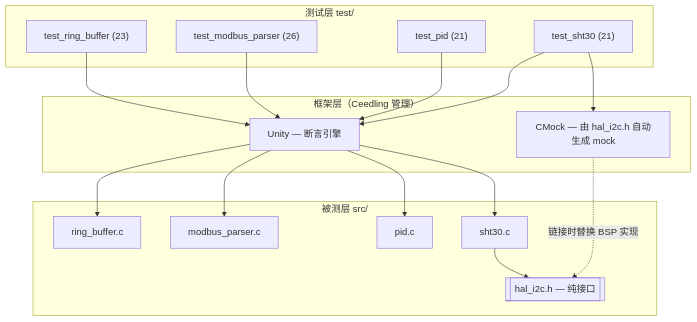
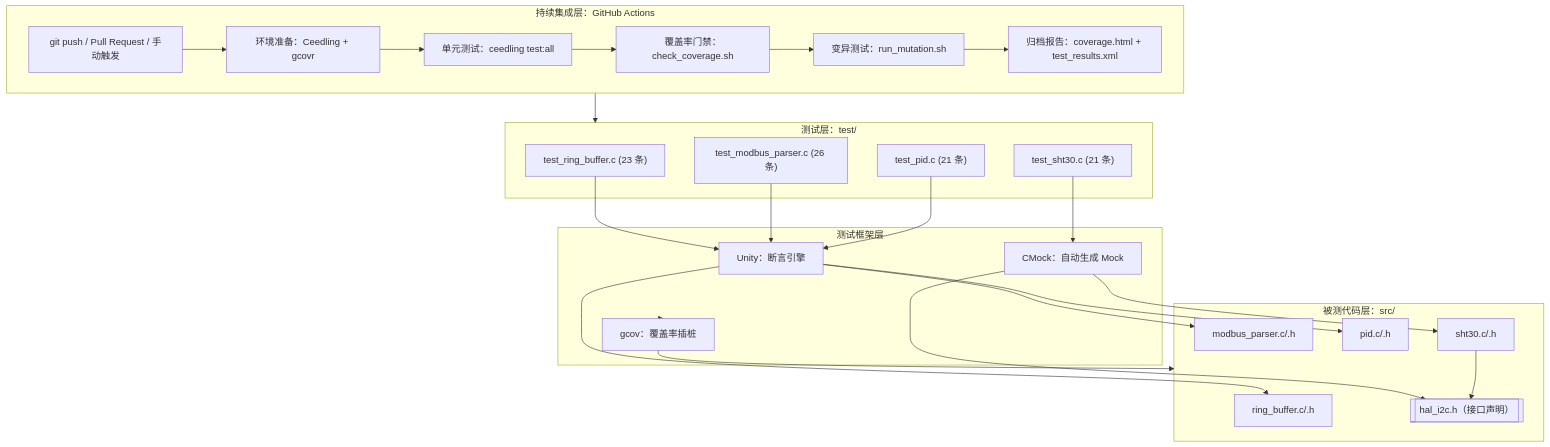
One commit to orange0731/embedded-c-test changed the diagram in README.md. Above: the diagram before and after it, drawn with Mermaid. The commit also changed other lines of this file, not shown here.

````diff
--- a/README.md
+++ b/README.md
@@ -34,27 +109,45 @@
 ```mermaid
 flowchart TB
-    subgraph TEST["测试层 test/"]
-        T1["test_ring_buffer (23)"]
-        T2["test_modbus_parser (26)"]
-        T3["test_pid (21)"]
-        T4["test_sht30 (21)"]
+    subgraph CI["持续集成层：GitHub Actions"]
+        C1["git push / Pull Request / 手动触发"]
+        C2["环境准备：Ceedling + gcovr"]
+        C3["单元测试：ceedling test:all"]
+        C4["覆盖率门禁：check_coverage.sh"]
+        C5["变异测试：run_mutation.sh"]
+        C6["归档报告：coverage.html + test_results.xml"]
+        C1 --> C2 --> C3 --> C4 --> C5 --> C6
     end
-    subgraph FW["框架层（Ceedling 管理）"]
-        U["Unity — 断言引擎"]
-        M["CMock — 由 hal_i2c.h 自动生成 mock"]
+
+    subgraph TEST["测试层：test/"]
+        T1["test_ring_buffer.c (23 条)"]
+        T2["test_modbus_parser.c (26 条)"]
+        T3["test_pid.c (21 条)"]
+        T4["test_sht30.c (21 条)"]
     end
-    subgraph SRC["被测层 src/"]
-        RB["ring_buffer.c"]
-        MB["modbus_parser.c"]
-        PID["pid.c"]
-        SHT["sht30.c"]
-        HAL[["hal_i2c.h — 纯接口"]]
+
+    subgraph FW["测试框架层"]
+        U["Unity：断言引擎"]
+        M["CMock：自动生成 Mock"]
+        G["gcov：覆盖率插桩"]
     end
+
+    subgraph SRC["被测代码层：src/"]
+        RB["ring_buffer.c/.h"]
+        MB["modbus_parser.c/.h"]
+        PID["pid.c/.h"]
+        SHT["sht30.c/.h"]
+        HAL[["hal_i2c.h（接口声明）"]]
+    end
+
     T1 --> U --> RB
     T2 --> U --> MB
     T3 --> U --> PID
-    T4 --> U --> SHT
-    T4 --> M
-    M -. "链接时替换 BSP 实现" .-> HAL
+    T4 --> M --> SHT
+    M --> HAL
     SHT --> HAL
+    
+    FW --> G
+    G --> SRC
+
+    CI --> TEST
 ```
````
